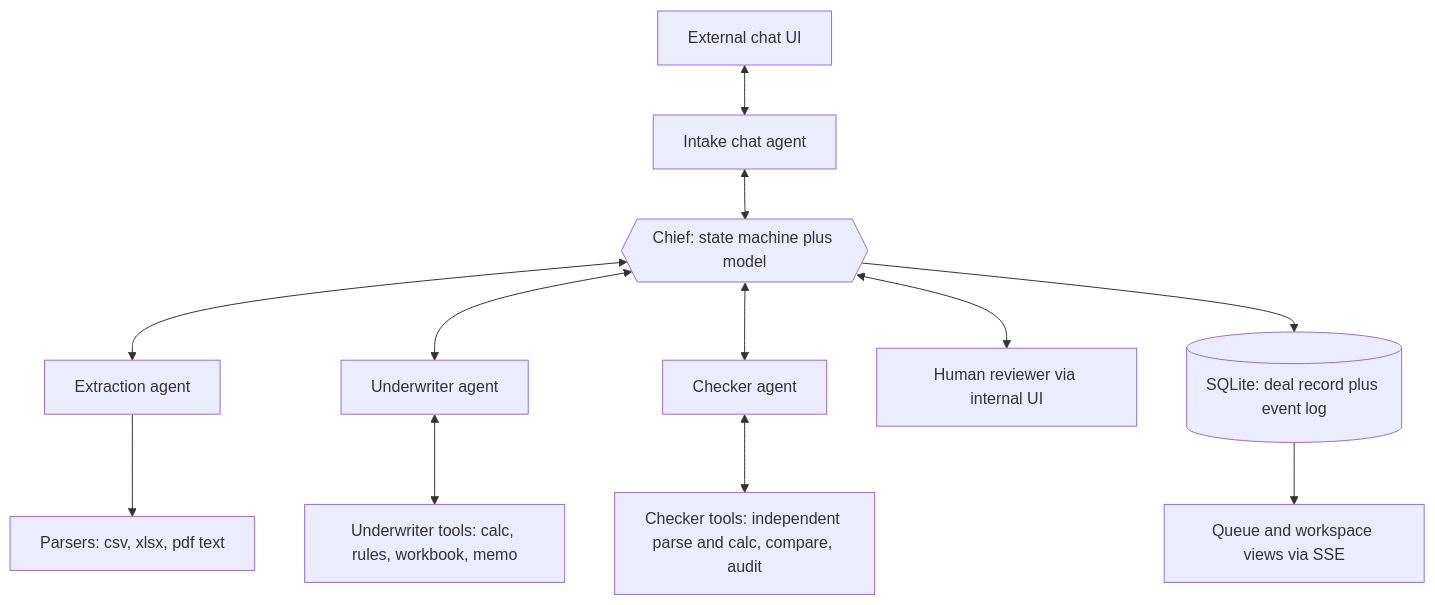
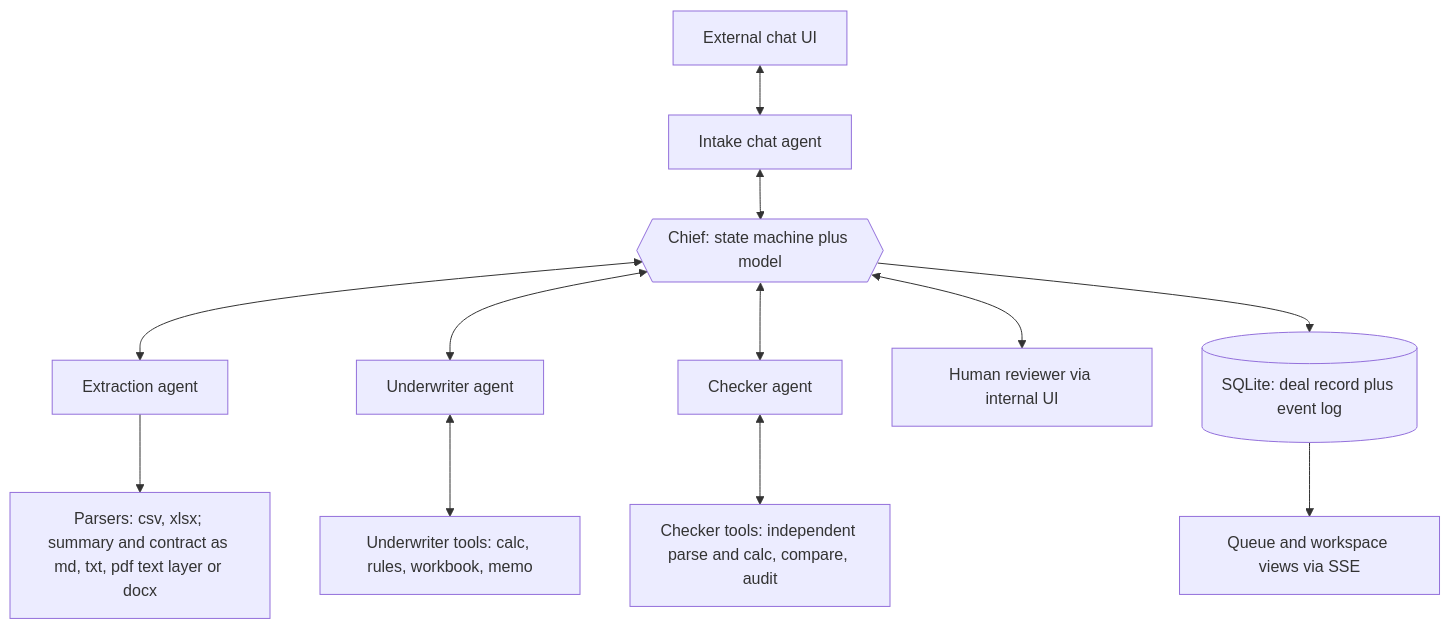
One commit to abhimasur99/ai-underwriting-platform changed the diagram in docs/architecture.md. Above: the diagram before and after it, drawn with Mermaid. The commit also changed other lines of this file and 15 other files, not shown here.

First line of the commit message:
Read PDF and Word documents; checker gets its own reader; intake accepts only formats that parse

````diff
--- a/docs/architecture.md
+++ b/docs/architecture.md
@@ -6,15 +6,15 @@
 ```mermaid
 flowchart TD
     EXT[External chat UI] <--> INTAKE[Intake chat agent]
     INTAKE <--> CHIEF
     CHIEF{{Chief: state machine plus model}}
     CHIEF <--> EXTRACT[Extraction agent]
     CHIEF <--> UW[Underwriter agent]
     CHIEF <--> CHK[Checker agent]
     CHIEF <--> HUMAN[Human reviewer via internal UI]
     UW <--> UWT[Underwriter tools: calc, rules, workbook, memo]
     CHK <--> CKT[Checker tools: independent parse and calc, compare, audit]
-    EXTRACT --> PARSE[Parsers: csv, xlsx, pdf text]
+    EXTRACT --> PARSE[Parsers: csv, xlsx; summary and contract as md, txt, pdf text layer or docx]
     CHIEF --> STORE[(SQLite: deal record plus event log)]
     STORE --> VIEWS[Queue and workspace views via SSE]
 ```
````
